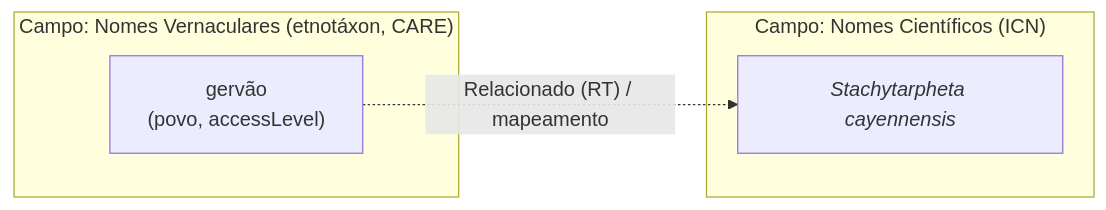
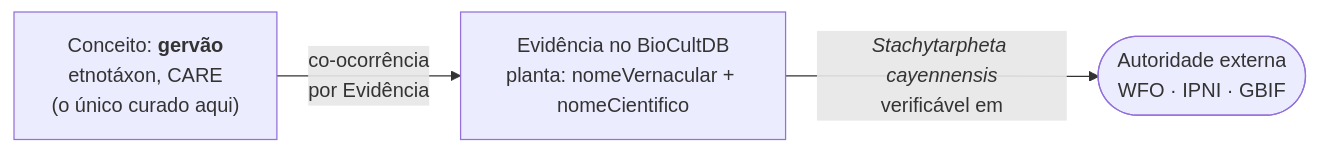
Before and after one commit to edalcin/BioCultTermos: the third of 3 diagrams in manual/07-guia-de-decisao.md, drawn with Mermaid. The commit also changed other lines of this file and 9 other files, not shown here.

First line of the commit message:
feat: retira "Nomes Científicos de Plantas" do escopo de curadoria

````diff
--- a/manual/07-guia-de-decisao.md
+++ b/manual/07-guia-de-decisao.md
@@ -127,10 +136,8 @@
 ```mermaid
 graph LR
-    subgraph Cientifico["Campo: Nomes Científicos (ICN)"]
-        SCI["<i>Stachytarpheta cayennensis</i>"]
-    end
-    subgraph Vernacular["Campo: Nomes Vernaculares (etnotáxon, CARE)"]
-        VER["gervão<br/>(povo, accessLevel)"]
-    end
-    VER -. "Relacionado (RT) / mapeamento" .-> SCI
+    VER["Conceito: <b>gervão</b><br/>etnotáxon, CARE<br/>(o único curado aqui)"]
+    EVI["Evidência no BioCultDB<br/>planta: nomeVernacular + nomeCientifico"]
+    AUT(["Autoridade externa<br/>WFO · IPNI · GBIF"])
+    VER -- "co-ocorrência<br/>por Evidência" --> EVI
+    EVI -- "<i>Stachytarpheta cayennensis</i><br/>verificável em" --> AUT
 ```
````
